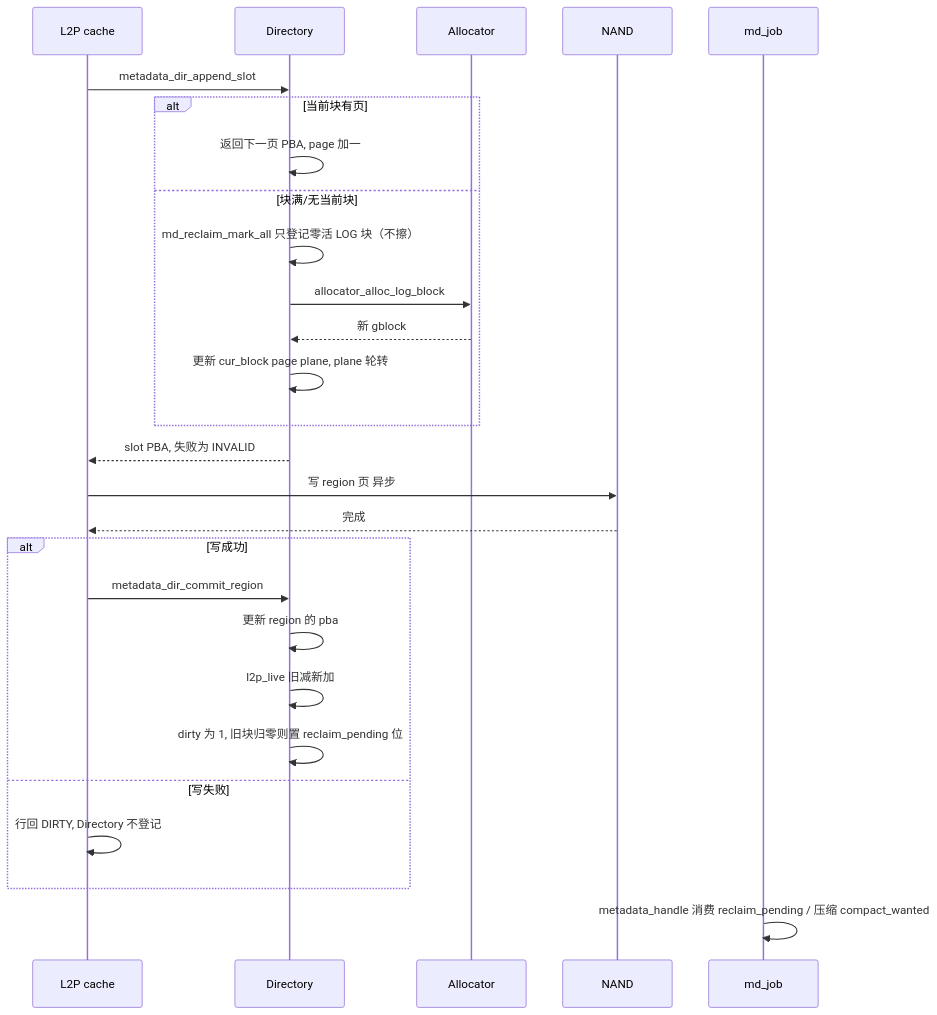
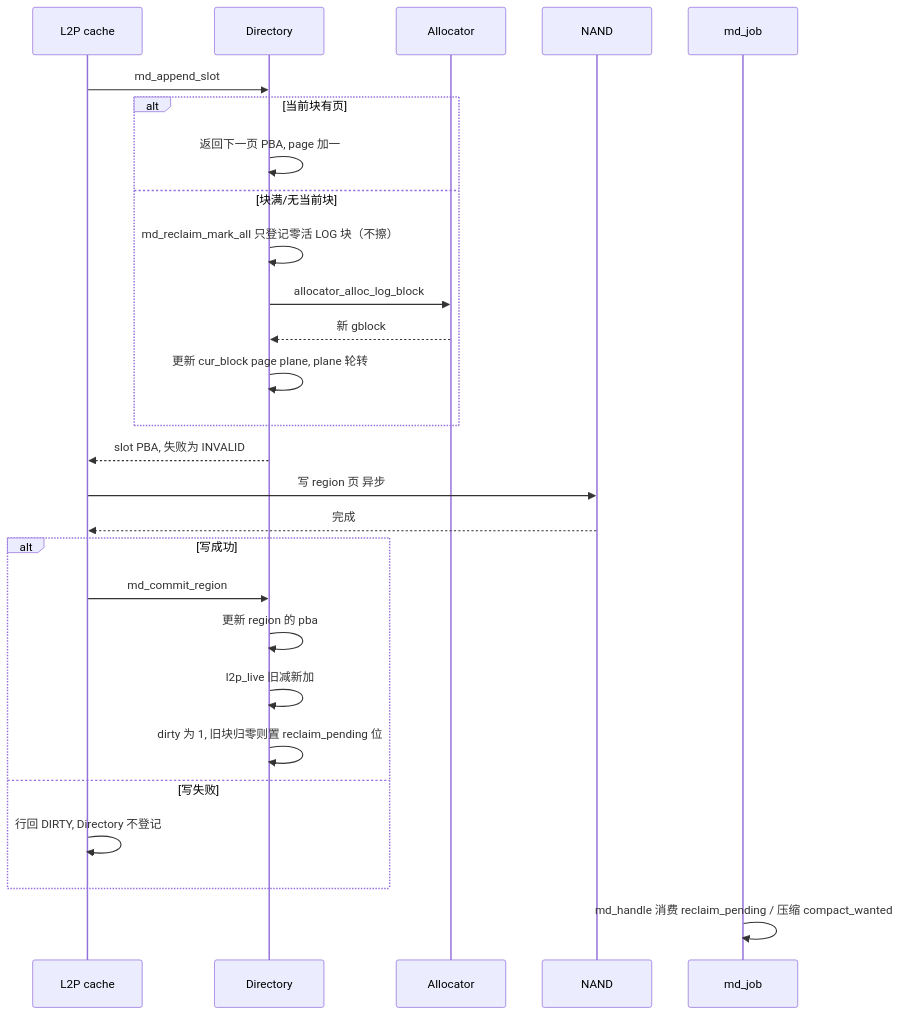
Before and after one commit to YzYMIAO/BASESSD: diagram 11 of 32 in docs/design/ftl_design.md, drawn with Mermaid. The commit also changed other lines of this file and 48 other files, not shown here.

````diff
--- a/docs/design/ftl_design.md
+++ b/docs/design/ftl_design.md
@@ -1812,30 +1812,30 @@
 ```mermaid
 sequenceDiagram
     participant C as L2P cache
     participant D as Directory
     participant A as Allocator
     participant N as NAND
     participant J as md_job
 
-    C->>D: metadata_dir_append_slot
+    C->>D: md_append_slot
     alt 当前块有页
         D->>D: 返回下一页 PBA, page 加一
     else 块满/无当前块
         D->>D: md_reclaim_mark_all 只登记零活 LOG 块（不擦）
         D->>A: allocator_alloc_log_block
         A-->>D: 新 gblock
         D->>D: 更新 cur_block page plane, plane 轮转
     end
     D-->>C: slot PBA, 失败为 INVALID
     C->>N: 写 region 页 异步
     N-->>C: 完成
     alt 写成功
-        C->>D: metadata_dir_commit_region
+        C->>D: md_commit_region
         D->>D: 更新 region 的 pba
         D->>D: l2p_live 旧减新加
         D->>D: dirty 为 1, 旧块归零则置 reclaim_pending 位
     else 写失败
         C->>C: 行回 DIRTY, Directory 不登记
     end
-    J->>J: metadata_handle 消费 reclaim_pending / 压缩 compact_wanted
+    J->>J: md_handle 消费 reclaim_pending / 压缩 compact_wanted
 ```
````
